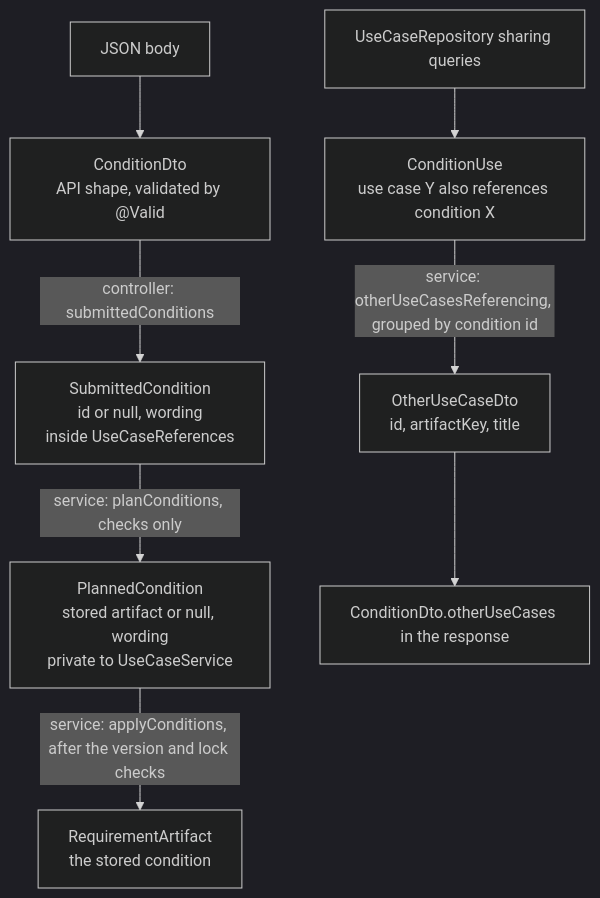
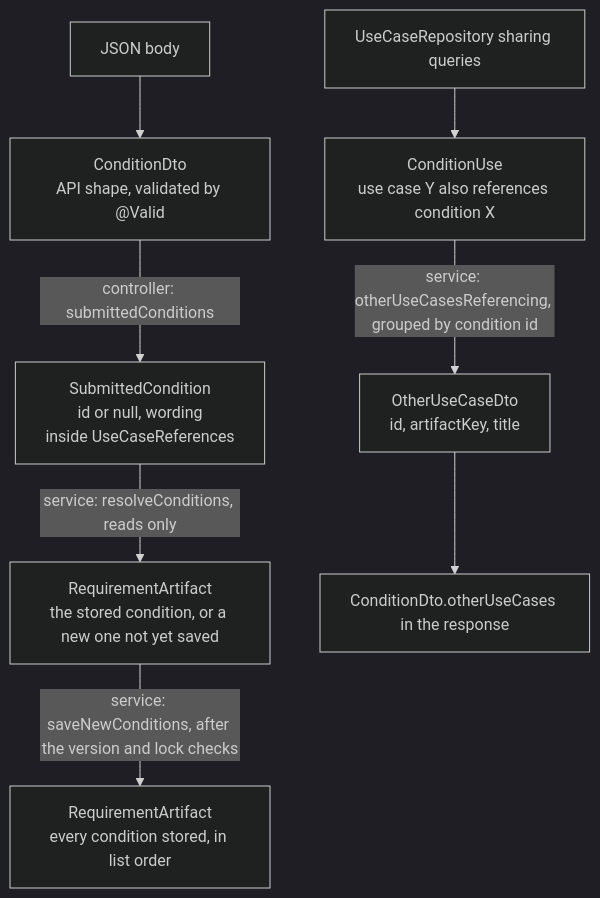
Before and after one commit to Washingtonwei/project-pulse: the fifth of 8 diagrams in docs/design/doc.md, drawn with Mermaid (dark theme). The commit also changed other lines of this file and 4 other files, not shown here.

First line of the commit message:
Refuse rewording any condition through a use case

````diff
--- a/docs/design/doc.md
+++ b/docs/design/doc.md
@@ -242,10 +241,10 @@
 ```mermaid
 flowchart TD
     J["JSON body"] --> D["ConditionDto<br/>API shape, validated by @Valid"]
     D -- "controller: submittedConditions" --> S["SubmittedCondition<br/>id or null, wording<br/>inside UseCaseReferences"]
-    S -- "service: planConditions, checks only" --> P["PlannedCondition<br/>stored artifact or null, wording<br/>private to UseCaseService"]
-    P -- "service: applyConditions, after the version and lock checks" --> A["RequirementArtifact<br/>the stored condition"]
+    S -- "service: resolveConditions, reads only" --> P["RequirementArtifact<br/>the stored condition, or a new one not yet saved"]
+    P -- "service: saveNewConditions, after the version and lock checks" --> A["RequirementArtifact<br/>every condition stored, in list order"]
     Q["UseCaseRepository sharing queries"] --> U["ConditionUse<br/>use case Y also references condition X"]
     U -- "service: otherUseCasesReferencing, grouped by condition id" --> O["OtherUseCaseDto<br/>id, artifactKey, title"]
     O --> R["ConditionDto.otherUseCases in the response"]
 ```
````
